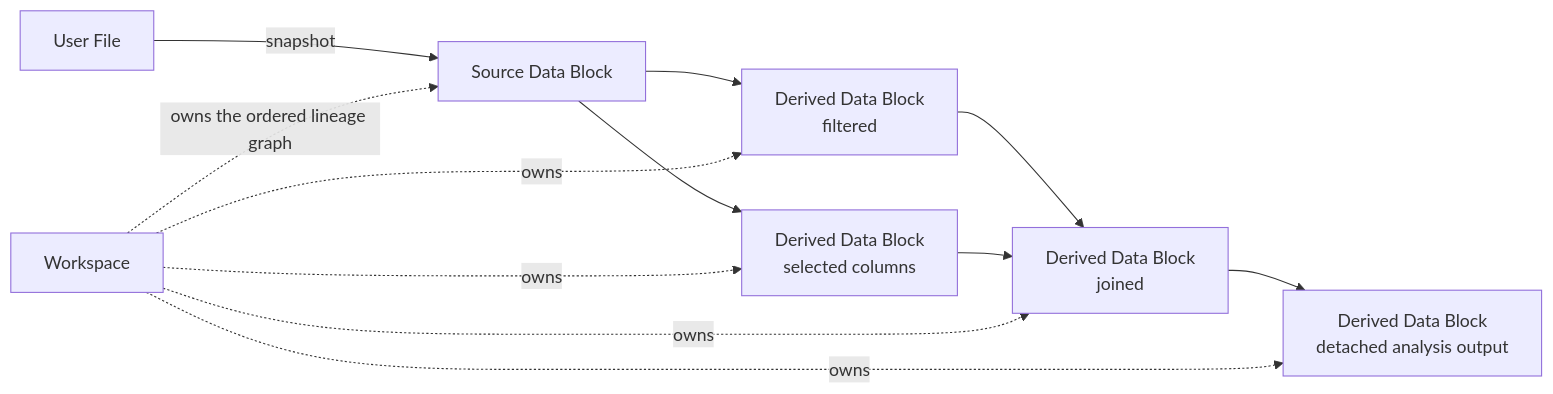
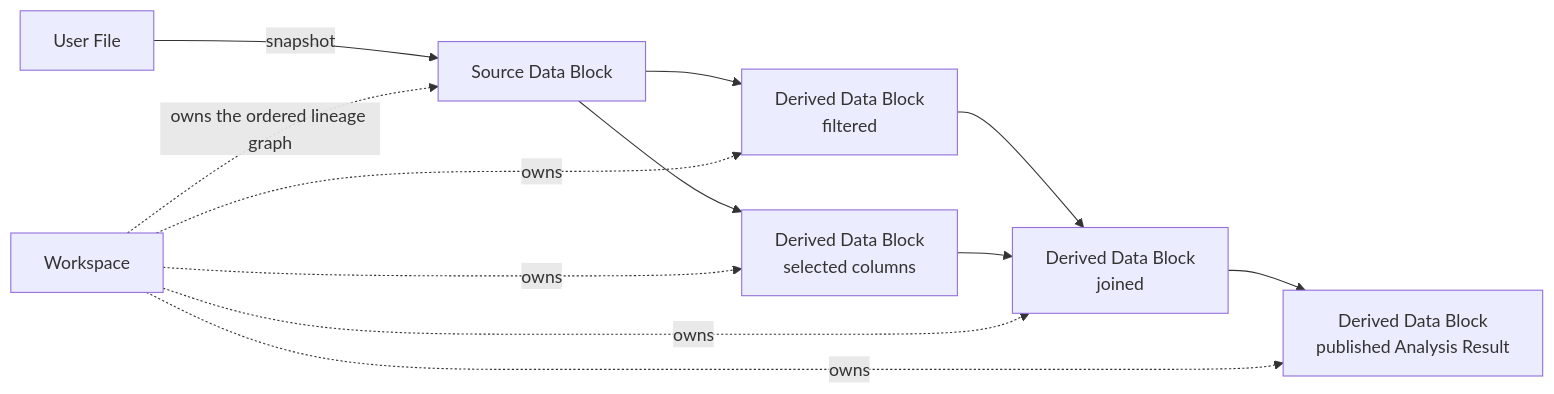
Before and after one commit to Australian-Text-Analytics-Platform/ldaca_web_app: the diagram in docs/domain/workspaces-and-data-blocks.md, drawn with Mermaid. The commit also changed other lines of this file and 26 other files, not shown here.

Commit message:
docs: record tab-owned analysis result lifecycle

````diff
--- a/docs/domain/workspaces-and-data-blocks.md
+++ b/docs/domain/workspaces-and-data-blocks.md
@@ -32,15 +32,15 @@
 ```mermaid
 flowchart LR
     FILE["User File"] -->|"snapshot"| SOURCE["Source Data Block"]
     SOURCE --> FILTERED["Derived Data Block<br/>filtered"]
     SOURCE --> SELECTED["Derived Data Block<br/>selected columns"]
     FILTERED --> JOINED["Derived Data Block<br/>joined"]
     SELECTED --> JOINED
-    JOINED --> DETACHED["Derived Data Block<br/>detached analysis output"]
+    JOINED --> PUBLISHED["Derived Data Block<br/>published Analysis Result"]
 
     WORKSPACE["Workspace"] -. "owns the ordered lineage graph" .-> SOURCE
     WORKSPACE -. "owns" .-> FILTERED
     WORKSPACE -. "owns" .-> SELECTED
     WORKSPACE -. "owns" .-> JOINED
-    WORKSPACE -. "owns" .-> DETACHED
+    WORKSPACE -. "owns" .-> PUBLISHED
 ```
````
